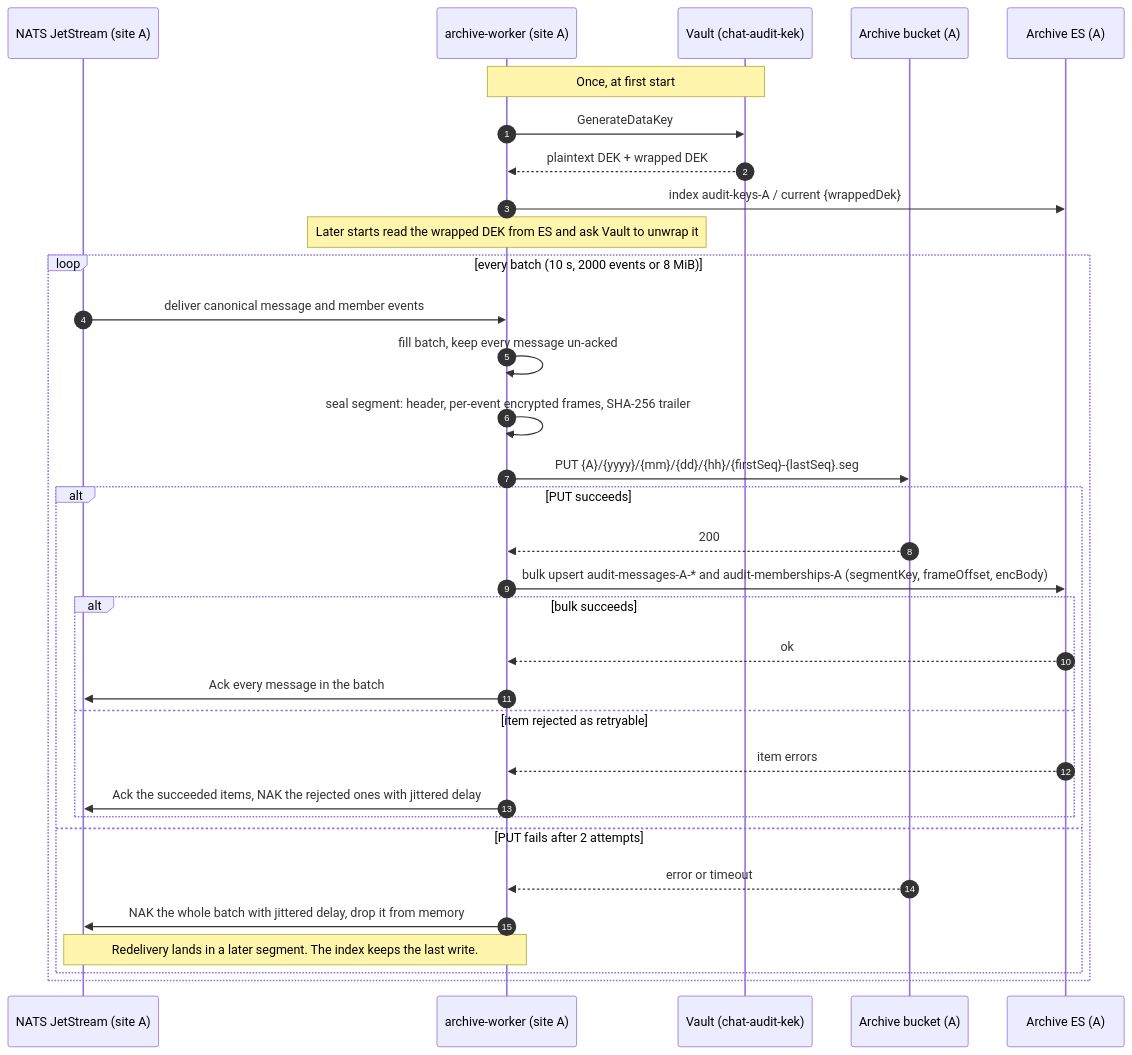
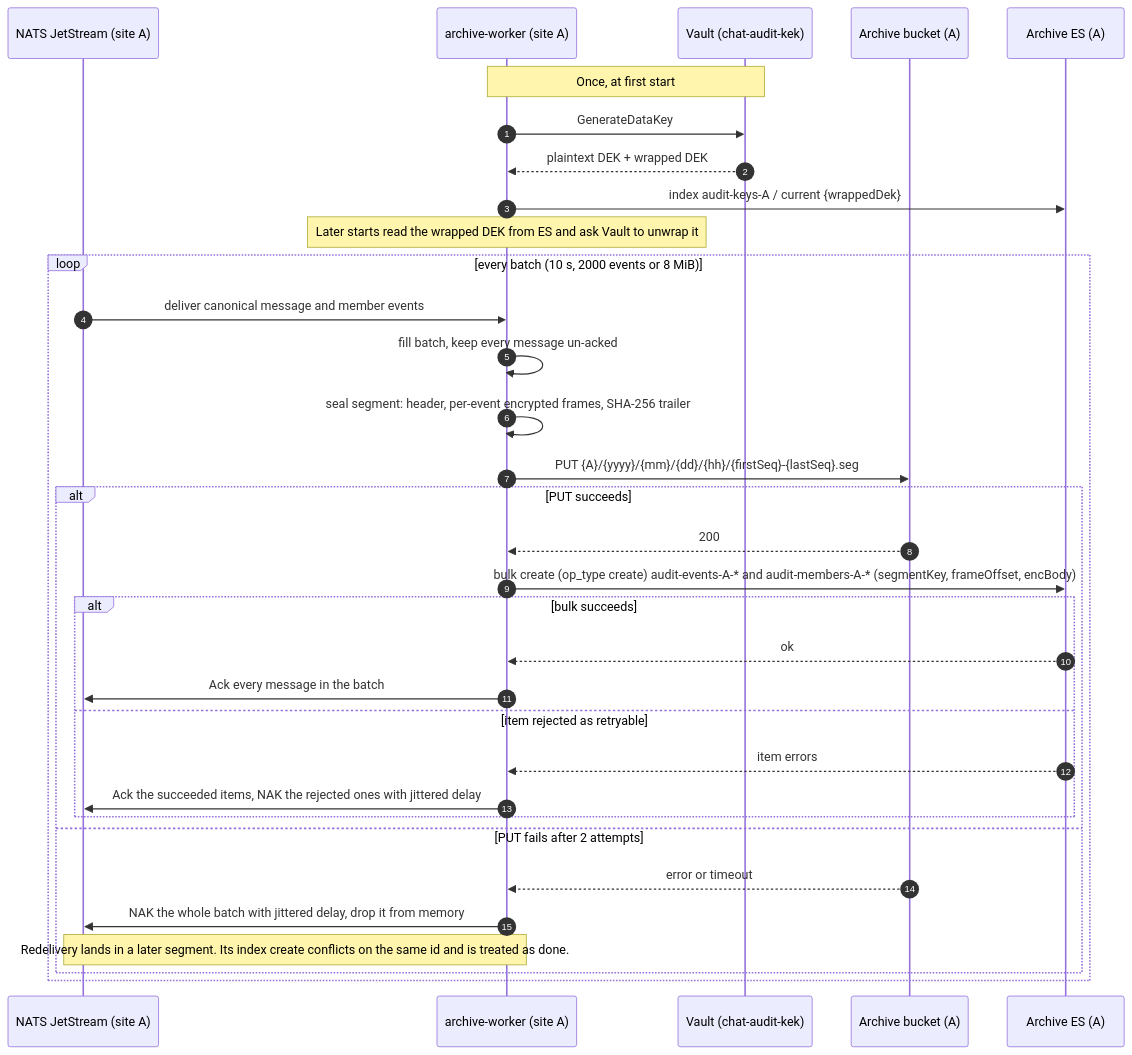
One commit to hmchangw/newchat changed the first of 2 diagrams in docs/superpowers/specs/2026-09-29-message-audit-access-design.md. Above: the diagram before and after it, drawn with Mermaid. The commit also changed other lines of this file, not shown here.

First line of the commit message:
docs: make the audit index append-only and event-sourced

````diff
--- a/docs/superpowers/specs/2026-09-29-message-audit-access-design.md
+++ b/docs/superpowers/specs/2026-09-29-message-audit-access-design.md
@@ -112,37 +112,37 @@
 ```mermaid
 sequenceDiagram
     autonumber
     participant JS as NATS JetStream (site A)
     participant W as archive-worker (site A)
     participant V as Vault (chat-audit-kek)
     participant B as Archive bucket (A)
     participant ES as Archive ES (A)
 
     Note over W,V: Once, at first start
     W->>V: GenerateDataKey
     V-->>W: plaintext DEK + wrapped DEK
     W->>ES: index audit-keys-A / current {wrappedDek}
     Note over W: Later starts read the wrapped DEK from ES and ask Vault to unwrap it
 
     loop every batch (10 s, 2000 events or 8 MiB)
         JS->>W: deliver canonical message and member events
         W->>W: fill batch, keep every message un-acked
         W->>W: seal segment: header, per-event encrypted frames, SHA-256 trailer
         W->>B: PUT {A}/{yyyy}/{mm}/{dd}/{hh}/{firstSeq}-{lastSeq}.seg
         alt PUT succeeds
             B-->>W: 200
-            W->>ES: bulk upsert audit-messages-A-* and audit-memberships-A (segmentKey, frameOffset, encBody)
+            W->>ES: bulk create (op_type create) audit-events-A-* and audit-members-A-* (segmentKey, frameOffset, encBody)
             alt bulk succeeds
                 ES-->>W: ok
                 W->>JS: Ack every message in the batch
             else item rejected as retryable
                 ES-->>W: item errors
                 W->>JS: Ack the succeeded items, NAK the rejected ones with jittered delay
             end
         else PUT fails after 2 attempts
             B-->>W: error or timeout
             W->>JS: NAK the whole batch with jittered delay, drop it from memory
-            Note over JS,W: Redelivery lands in a later segment. The index keeps the last write.
+            Note over JS,W: Redelivery lands in a later segment. Its index create conflicts on the same id and is treated as done.
         end
     end
 ```
````
